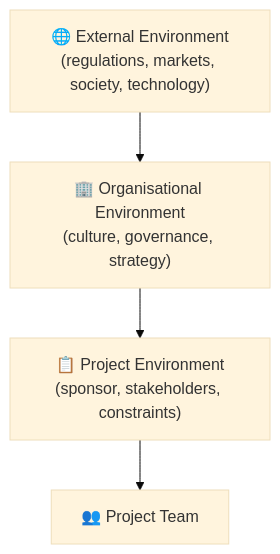
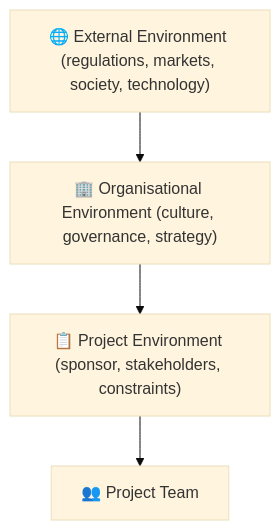
One commit to UncleJS/course_projectManagement changed the third of 4 diagrams in modules/01-foundations.md. Above: the diagram before and after it, drawn with Mermaid (base theme). The commit also changed other lines of this file and 16 other files, not shown here.

Commit message:
Fix Mermaid rendering: remove literal \n from all diagram labels; quote unquoted & in flowchart nodes

````diff
--- a/modules/01-foundations.md
+++ b/modules/01-foundations.md
@@ -137,8 +137,8 @@
 ```mermaid
 flowchart TD
-    EE["🌐 External Environment\n(regulations, markets, society, technology)"]
-    OE["🏢 Organisational Environment\n(culture, governance, strategy)"]
-    PE["📋 Project Environment\n(sponsor, stakeholders, constraints)"]
+    EE["🌐 External Environment (regulations, markets, society, technology)"]
+    OE["🏢 Organisational Environment (culture, governance, strategy)"]
+    PE["📋 Project Environment (sponsor, stakeholders, constraints)"]
     PT["👥 Project Team"]
     EE --> OE --> PE --> PT
 ```
````
